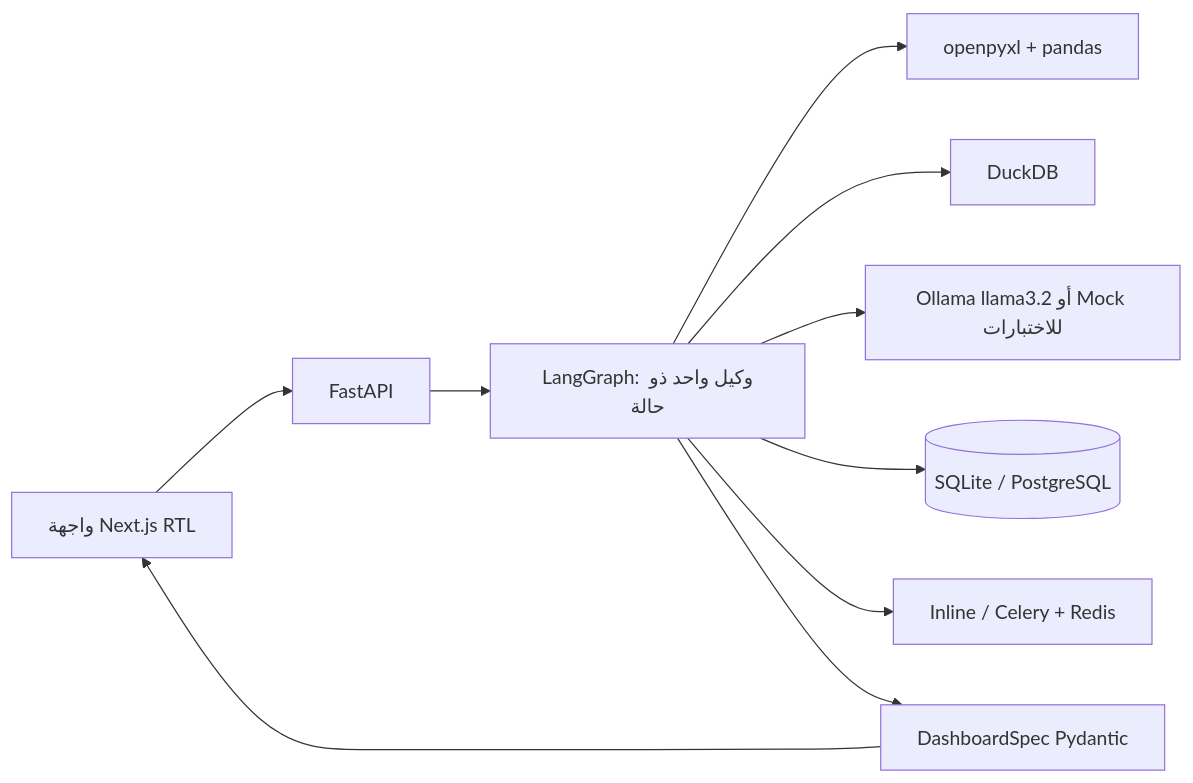
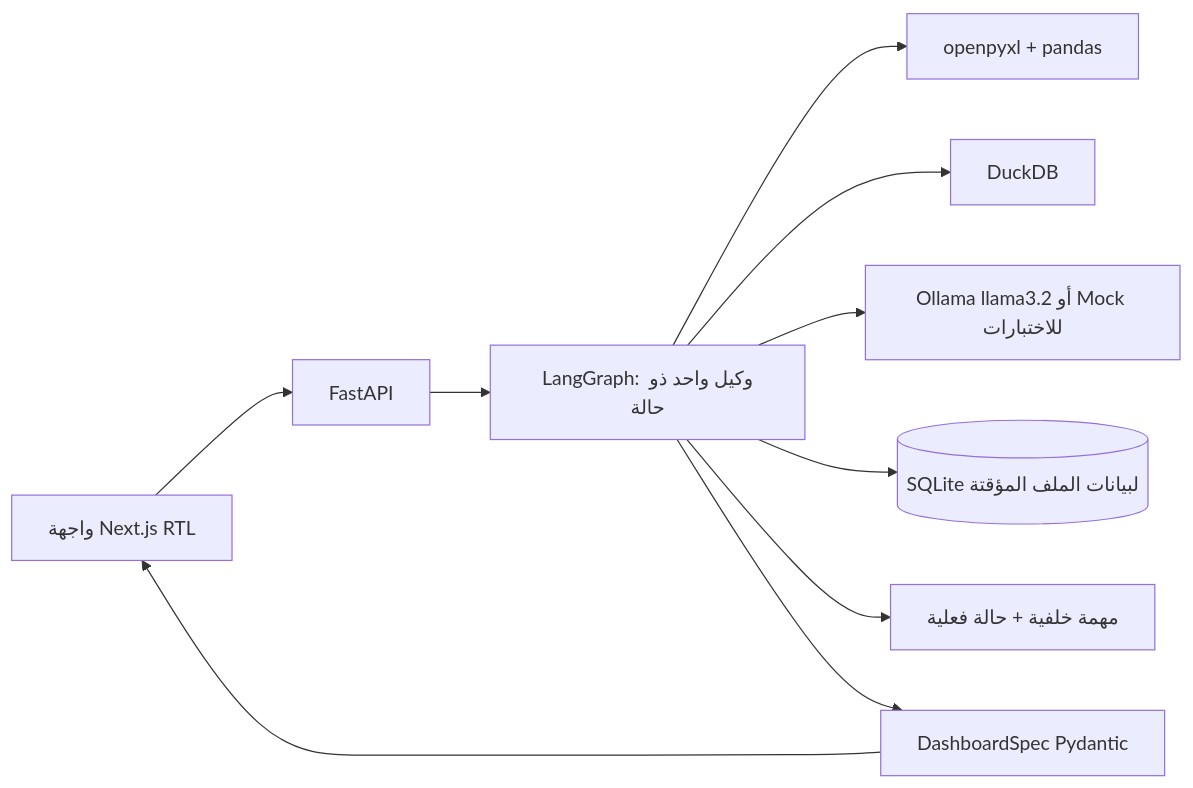
One commit to WaleedTw/excel-analytics-app changed the diagram in docs/ARCHITECTURE.md. Above: the diagram before and after it, drawn with Mermaid. The commit also changed other lines of this file and 23 other files, not shown here.

````diff
--- a/docs/ARCHITECTURE.md
+++ b/docs/ARCHITECTURE.md
@@ -7,12 +7,12 @@
 ```mermaid
 flowchart LR
   U[واجهة Next.js RTL] --> A[FastAPI]
   A --> G[LangGraph: وكيل واحد ذو حالة]
   G --> X[openpyxl + pandas]
   G --> D[DuckDB]
   G --> M[Ollama llama3.2 أو Mock للاختبارات]
-  G --> S[(SQLite / PostgreSQL)]
-  G --> J[Inline / Celery + Redis]
+  G --> S[(SQLite لبيانات الملف المؤقتة)]
+  G --> J[مهمة خلفية + حالة فعلية]
   G --> P[DashboardSpec Pydantic]
   P --> U
 ```
````
